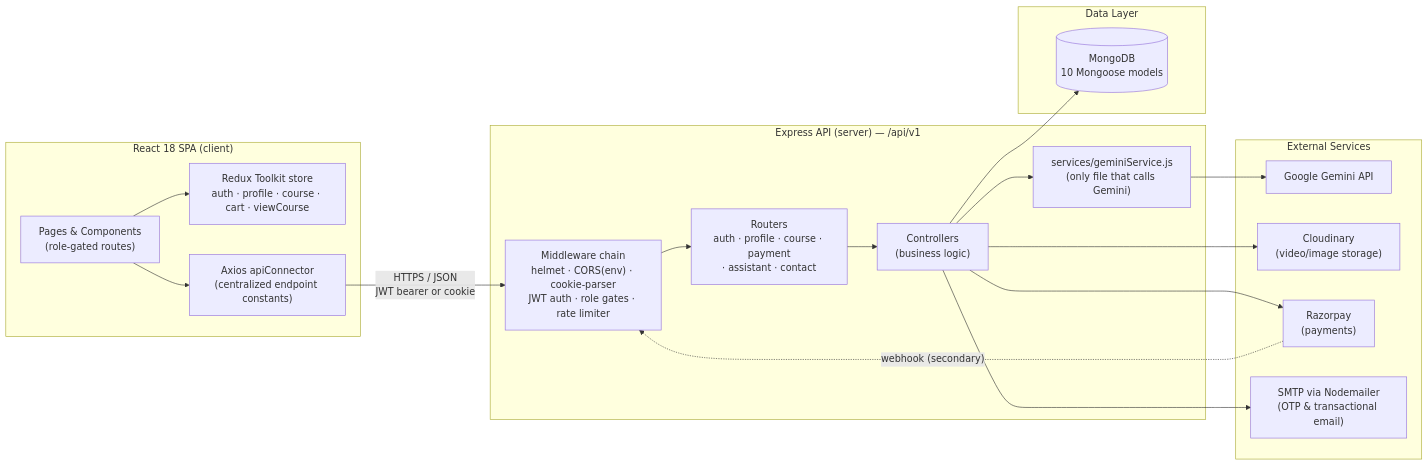
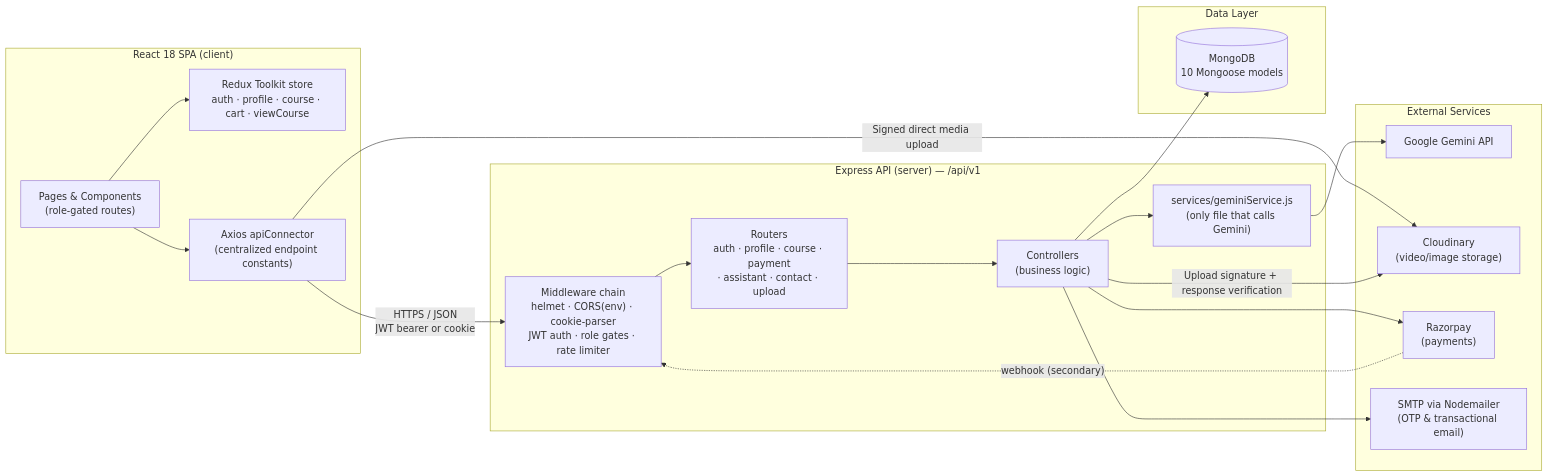
The first of 4 diagrams in README.md (Raaghav-09/Synapse), drawn with Mermaid before and after one commit. The commit also changed other lines of this file and 8 other files, not shown here.

````diff
--- a/README.md
+++ b/README.md
@@ -83,38 +83,39 @@
 ```mermaid
 flowchart LR
     subgraph CLIENT["React 18 SPA (client)"]
         UI["Pages & Components<br/>(role-gated routes)"]
         STORE["Redux Toolkit store<br/>auth · profile · course · cart · viewCourse"]
         AX["Axios apiConnector<br/>(centralized endpoint constants)"]
         UI --> STORE
         UI --> AX
     end
 
     subgraph SERVER["Express API (server) — /api/v1"]
         MW["Middleware chain<br/>helmet · CORS(env) · cookie-parser<br/>JWT auth · role gates · rate limiter"]
-        ROUTES["Routers<br/>auth · profile · course · payment<br/>· assistant · contact"]
+        ROUTES["Routers<br/>auth · profile · course · payment<br/>· assistant · contact · upload"]
         CTRL["Controllers<br/>(business logic)"]
         SVC["services/geminiService.js<br/>(only file that calls Gemini)"]
         MW --> ROUTES --> CTRL
         CTRL --> SVC
     end
 
     subgraph DATA["Data Layer"]
         DB[("MongoDB<br/>10 Mongoose models")]
     end
 
     subgraph EXT["External Services"]
         GEMINI["Google Gemini API"]
         CLOUD["Cloudinary<br/>(video/image storage)"]
         RZP["Razorpay<br/>(payments)"]
         MAIL["SMTP via Nodemailer<br/>(OTP & transactional email)"]
     end
 
     AX -- "HTTPS / JSON<br/>JWT bearer or cookie" --> MW
+    AX -- "Signed direct media upload" --> CLOUD
+    CTRL -- "Upload signature + response verification" --> CLOUD
     CTRL --> DB
     SVC --> GEMINI
-    CTRL --> CLOUD
     CTRL --> RZP
     CTRL --> MAIL
     RZP -. "webhook (secondary)" .-> MW
 ```
````
